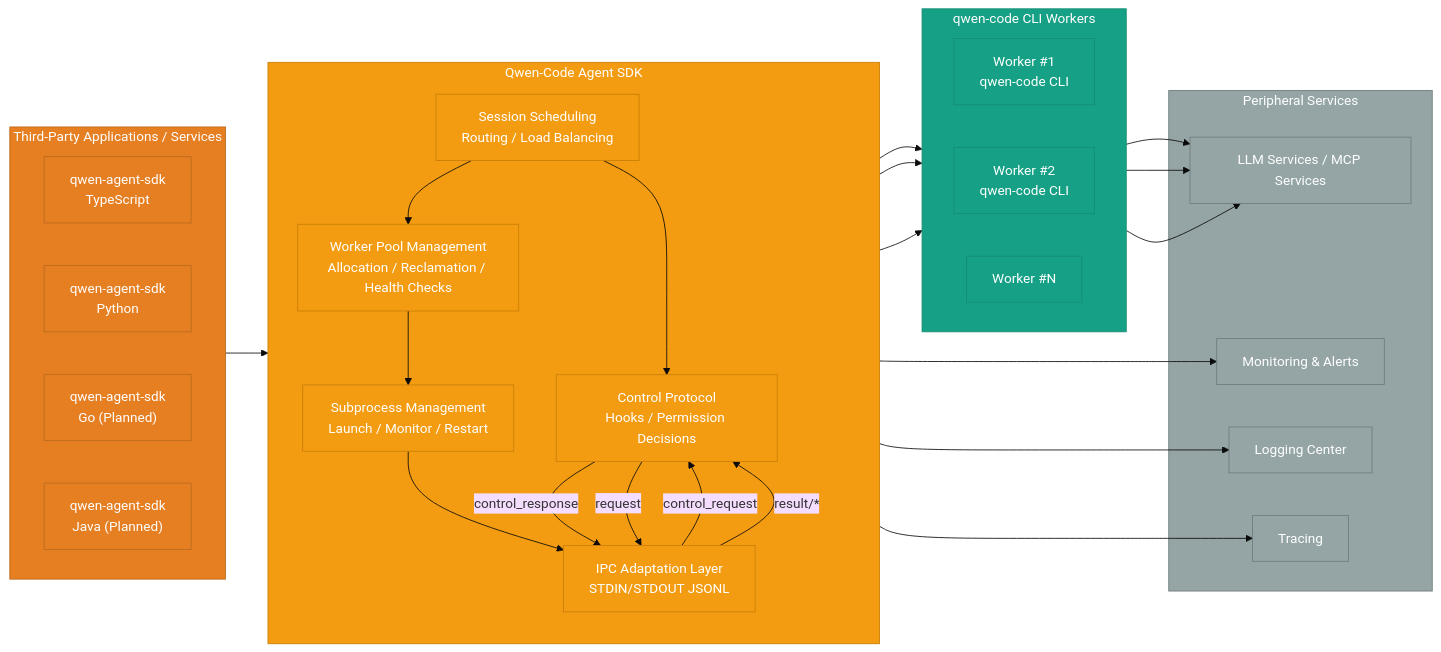
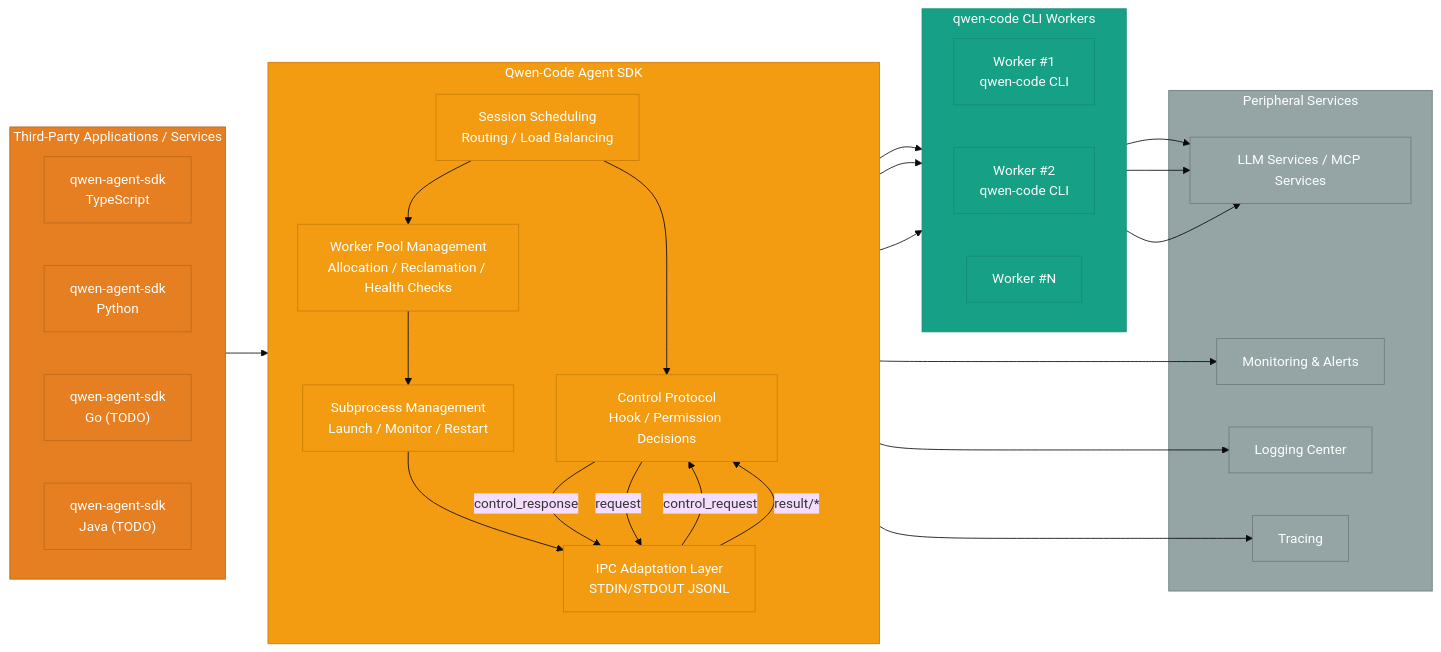
The first of 2 diagrams in docs/rfc/qwen-code-agent-framework-rfc_clear_en.md (x22x22/qwen-code), drawn with Mermaid (base theme) before and after one commit. The commit also changed other lines of this file, not shown here.

First line of the commit message:
Refine Qwen-Code Agent Framework RFC: Enhance clarity and structure

````diff
--- a/docs/rfc/qwen-code-agent-framework-rfc_clear_en.md
+++ b/docs/rfc/qwen-code-agent-framework-rfc_clear_en.md
@@ -28,63 +28,63 @@
 ```mermaid
 flowchart LR
     subgraph Clients["Third-Party Applications / Services"]
         direction LR
         TypeScriptSDK["qwen-agent-sdk<br/>TypeScript"]
         PythonSDK["qwen-agent-sdk<br/>Python"]
-        GoSDK["qwen-agent-sdk<br/>Go (Planned)"]
-        JavaSDK["qwen-agent-sdk<br/>Java (Planned)"]
+        GoSDK["qwen-agent-sdk<br/>Go (TODO)"]
+        JavaSDK["qwen-agent-sdk<br/>Java (TODO)"]
     end
 
     subgraph AgentSDK["Qwen-Code Agent SDK"]
         direction TB
         Router["Session Scheduling<br/>Routing / Load Balancing"]
-        ControlPlane["Control Protocol<br/>Hooks / Permission Decisions"]
+        ControlPlane["Control Protocol<br/>Hook / Permission Decisions"]
         WorkerPool["Worker Pool Management<br/>Allocation / Reclamation / Health Checks"]
         ProcessMgr["Subprocess Management<br/>Launch / Monitor / Restart"]
         IPC["IPC Adaptation Layer<br/>STDIN/STDOUT JSONL"]
     end
 
     subgraph Workers["qwen-code CLI Workers"]
         direction LR
         Worker1["Worker #1<br/>qwen-code CLI"]
         Worker2["Worker #2<br/>qwen-code CLI"]
         WorkerN["Worker #N"]
     end
 
     subgraph Services["Peripheral Services"]
         LLM_MCP["LLM Services / MCP Services"]
         Monitor["Monitoring & Alerts"]
         Logger["Logging Center"]
         Trace["Tracing"]
     end
 
     Clients --> Router
     Router --> ControlPlane
     Router --> WorkerPool
     WorkerPool --> ProcessMgr
     ProcessMgr --> IPC
     ControlPlane -->|control_response| IPC
     IPC -->|control_request| ControlPlane
     IPC --> Worker1
     IPC --> Worker2
     IPC --> WorkerN
 
     Worker1 --> LLM_MCP
     Worker2 --> LLM_MCP
     WorkerN --> LLM_MCP
 
     Router --> Monitor
     Router --> Logger
     Router --> Trace
     IPC -->|result/*| ControlPlane
     ControlPlane -->|request| IPC
 
     classDef clientStyle fill:#e67e22,stroke:#ba6c1e,color:#fff
     classDef sdkStyle fill:#f39c12,stroke:#ca7e08,color:#fff
     classDef workerStyle fill:#16a085,stroke:#138d75,color:#fff
     classDef serviceStyle fill:#95a5a6,stroke:#707b7c,color:#fff
     class Clients,TypeScriptSDK,PythonSDK,GoSDK,JavaSDK clientStyle
     class AgentSDK,Router,ControlPlane,ProcessMgr,IPC,WorkerPool sdkStyle
     class Workers,Worker1,Worker2,WorkerN workerStyle
     class Services,LLM_MCP,Monitor,Logger,Trace serviceStyle
 ```
````
